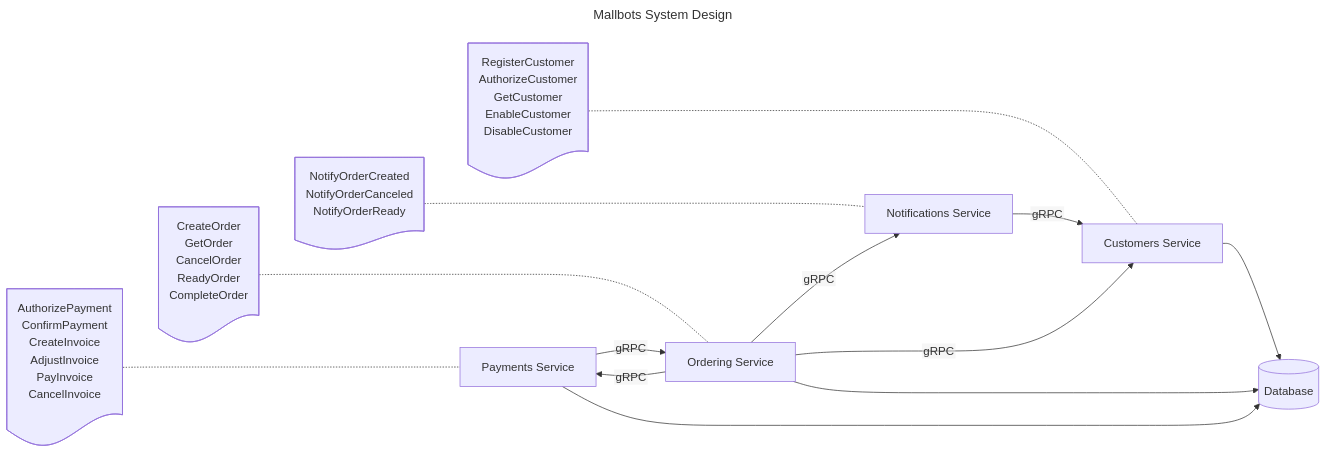
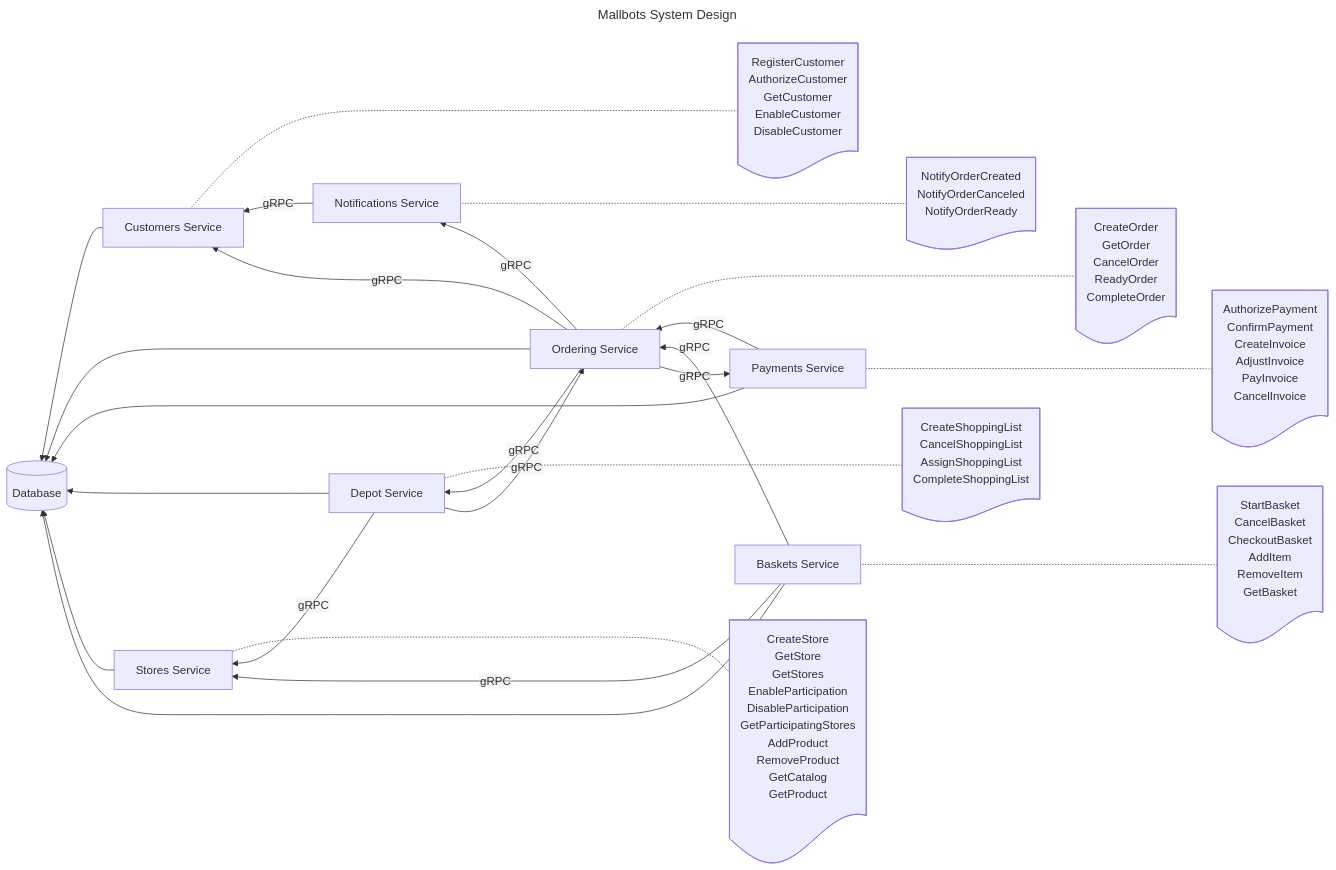
Before and after one commit to cuongpiger/mallbots: the diagram in README.md, drawn with Mermaid. The commit also changed 113 other files, not shown here.

````diff
--- a/README.md
+++ b/README.md
@@ -25,11 +25,14 @@
   flowchart:
     htmlLabels: false
 ---
-flowchart LR
+flowchart RL
   customers[Customers Service]
   notifications[Notifications Service]
   payments[Payments Service]
   ordering[Ordering Service]
+  depot[Depot Service]
+  stores[Stores Service]
+  baskets[Baskets Service]
   database[(Database)]
 
   customers_doc["
@@ -63,17 +66,57 @@
   CompleteOrder
   "]@{ shape: doc }
 
+  depot_doc["
+  CreateShoppingList
+  CancelShoppingList
+  AssignShoppingList
+  CompleteShoppingList
+  "]@{ shape: doc }
+
+  stores_doc["
+  CreateStore
+  GetStore
+  GetStores
+  EnableParticipation
+  DisableParticipation
+  GetParticipatingStores
+  AddProduct
+  RemoveProduct
+  GetCatalog
+  GetProduct
+  "]@{ shape: doc }
+
+  baskets_doc["
+  StartBasket
+  CancelBasket
+  CheckoutBasket
+  AddItem
+  RemoveItem
+  GetBasket
+  "]@{ shape: doc }
+
   customers_doc -...- customers
   notifications_doc -...- notifications
   payments_doc -...- payments
   ordering_doc -...- ordering
+  depot_doc -...- depot
+  stores_doc -...- stores
+  baskets_doc -...- baskets
 
   notifications -->|gRPC| customers
   customers --> database
   ordering -->|gRPC| notifications
   ordering -->|gRPC| customers
   ordering -->|gRPC| payments
+  ordering -->|gRPC| depot
   ordering --> database
   payments -->|gRPC| ordering
   payments --> database
+  depot -->|gRPC| ordering
+  depot -->|gRPC| stores
+  depot --> database
+  stores --> database
+  baskets -->|gRPC| ordering
+  baskets -->|gRPC| stores
+  baskets --> database
 ```
````
